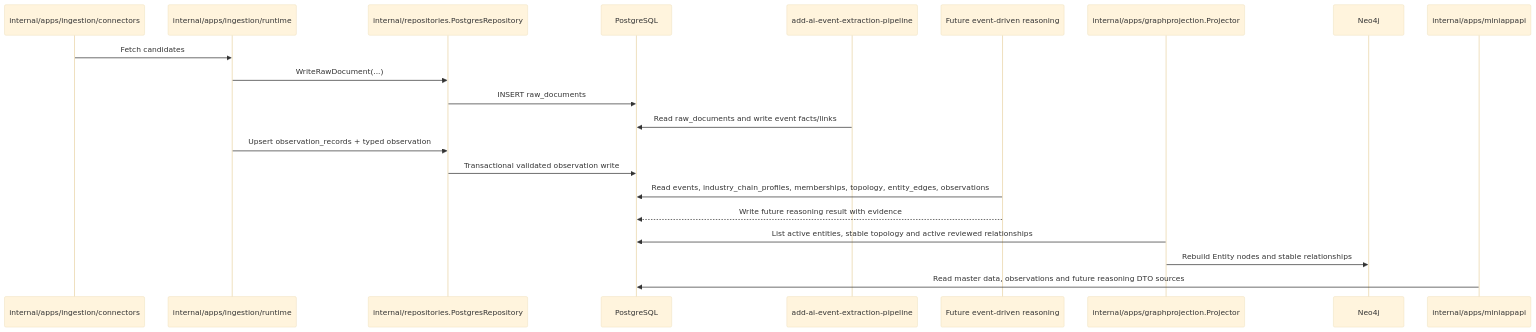
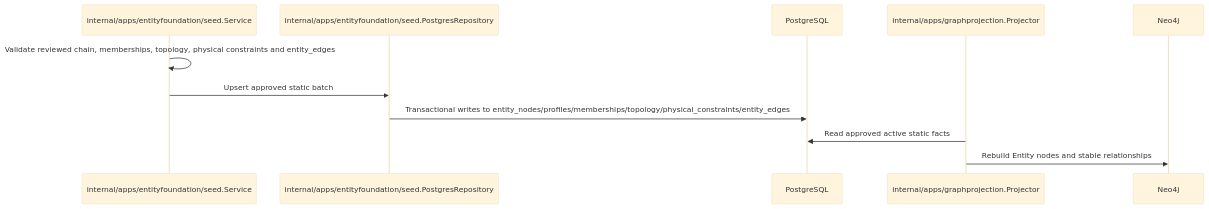
Before and after one commit to meierlink88/tidewise-ai: the first of 2 diagrams in openspec/changes/add-industry-chain-node-foundation/design.md, drawn with Mermaid (base theme). The commit also changed other lines of this file and 7 other files, not shown here.

Commit message:
spec: narrow industry chain foundation

````diff
--- a/openspec/changes/add-industry-chain-node-foundation/design.md
+++ b/openspec/changes/add-industry-chain-node-foundation/design.md
@@ -339,24 +171,14 @@
 ```mermaid
 sequenceDiagram
-    participant Connector as internal/apps/ingestion/connectors
-    participant Runtime as internal/apps/ingestion/runtime
-    participant RawRepo as internal/repositories.PostgresRepository
+    participant Seed as internal/apps/entityfoundation/seed.Service
+    participant Repo as internal/apps/entityfoundation/seed.PostgresRepository
     participant PG as PostgreSQL
-    participant Extractor as add-ai-event-extraction-pipeline
-    participant Reasoner as Future event-driven reasoning
     participant Projector as internal/apps/graphprojection.Projector
     participant Neo4j as Neo4j
-    participant MiniAPI as internal/apps/miniappapi
 
-    Connector->>Runtime: Fetch candidates
-    Runtime->>RawRepo: WriteRawDocument(...)
-    RawRepo->>PG: INSERT raw_documents
-    Extractor->>PG: Read raw_documents and write event facts/links
-    Runtime->>RawRepo: Upsert observation_records + typed observation
-    RawRepo->>PG: Transactional validated observation write
-    Reasoner->>PG: Read events, industry_chain_profiles, memberships, topology, entity_edges, observations
-    Reasoner-->>PG: Write future reasoning result with evidence
-    Projector->>PG: List active entities, stable topology and active reviewed relationships
+    Seed->>Seed: Validate reviewed chain, memberships, topology, physical constraints and entity_edges
+    Seed->>Repo: Upsert approved static batch
+    Repo->>PG: Transactional writes to entity_nodes/profiles/memberships/topology/physical_constraints/entity_edges
+    Projector->>PG: Read approved active static facts
     Projector->>Neo4j: Rebuild Entity nodes and stable relationships
-    MiniAPI->>PG: Read master data, observations and future reasoning DTO sources
 ```
````
